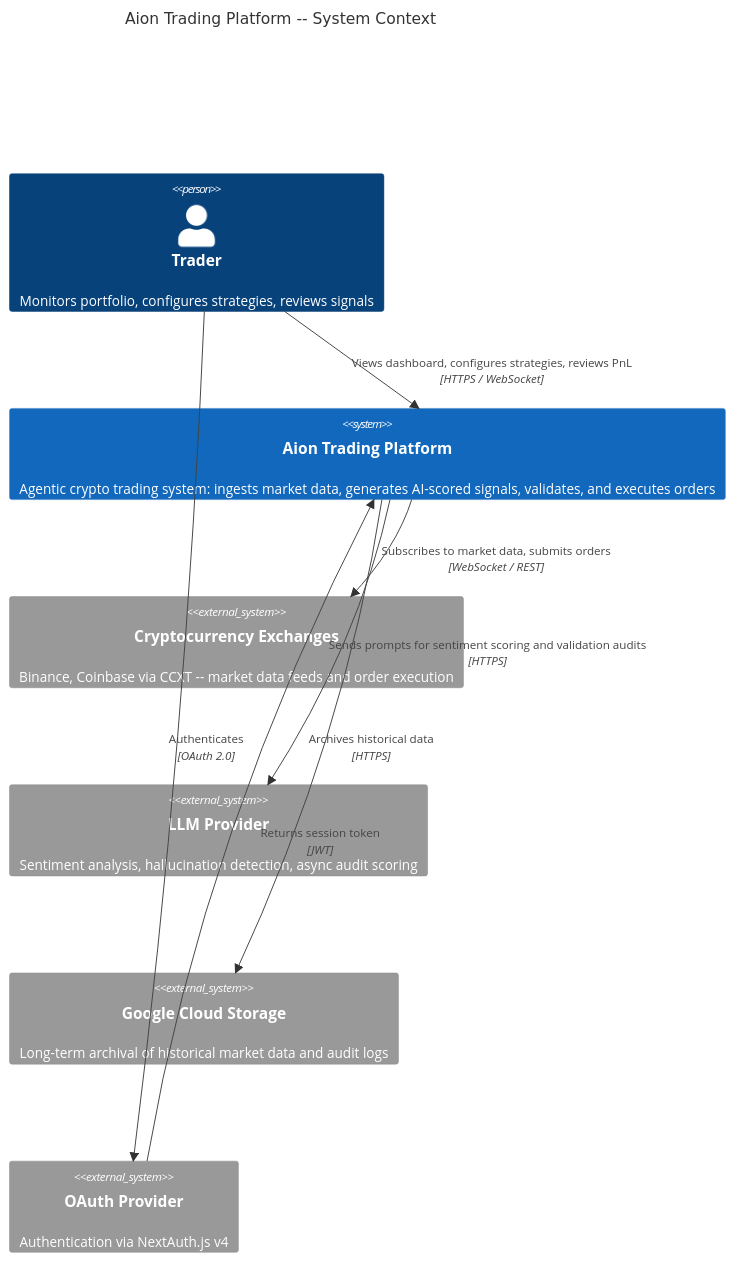
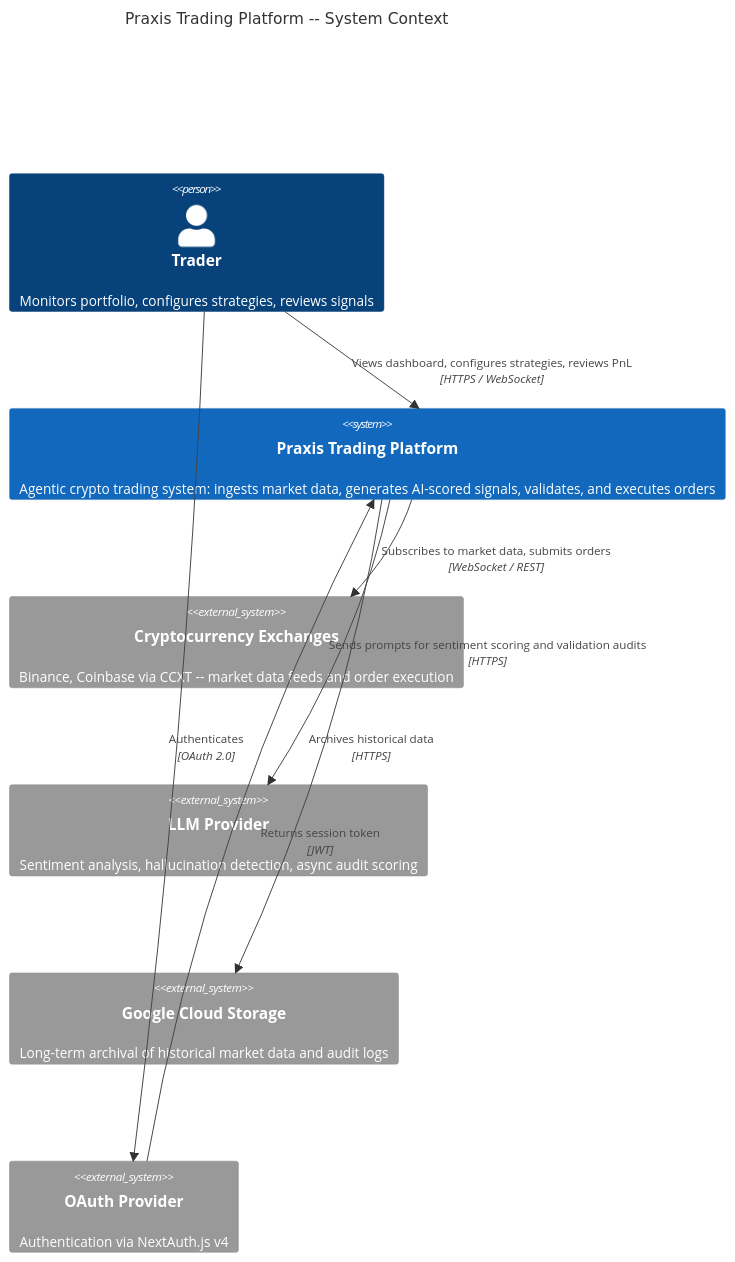
The first of 4 diagrams in docs/architecture-overview.md (stephenmt25/agentic-trading-platform), drawn with Mermaid before and after one commit. The commit also changed other lines of this file and 84 other files, not shown here.

First line of the commit message:
feat: platform rename (Aion→Praxis), resolve all critical/high defects, add docs chatbot

````diff
--- a/docs/architecture-overview.md
+++ b/docs/architecture-overview.md
@@ -33,20 +33,20 @@
 ```mermaid
 C4Context
-    title Aion Trading Platform -- System Context
+    title Praxis Trading Platform -- System Context
 
     Person(trader, "Trader", "Monitors portfolio, configures strategies, reviews signals")
 
-    System(aion, "Aion Trading Platform", "Agentic crypto trading system: ingests market data, generates AI-scored signals, validates, and executes orders")
+    System(praxis, "Praxis Trading Platform", "Agentic crypto trading system: ingests market data, generates AI-scored signals, validates, and executes orders")
 
     System_Ext(exchanges, "Cryptocurrency Exchanges", "Binance, Coinbase via CCXT -- market data feeds and order execution")
     System_Ext(llm, "LLM Provider", "Sentiment analysis, hallucination detection, async audit scoring")
     System_Ext(gcs, "Google Cloud Storage", "Long-term archival of historical market data and audit logs")
     System_Ext(oauth, "OAuth Provider", "Authentication via NextAuth.js v4")
 
-    Rel(trader, aion, "Views dashboard, configures strategies, reviews PnL", "HTTPS / WebSocket")
-    Rel(aion, exchanges, "Subscribes to market data, submits orders", "WebSocket / REST")
-    Rel(aion, llm, "Sends prompts for sentiment scoring and validation audits", "HTTPS")
-    Rel(aion, gcs, "Archives historical data", "HTTPS")
+    Rel(trader, praxis, "Views dashboard, configures strategies, reviews PnL", "HTTPS / WebSocket")
+    Rel(praxis, exchanges, "Subscribes to market data, submits orders", "WebSocket / REST")
+    Rel(praxis, llm, "Sends prompts for sentiment scoring and validation audits", "HTTPS")
+    Rel(praxis, gcs, "Archives historical data", "HTTPS")
     Rel(trader, oauth, "Authenticates", "OAuth 2.0")
-    Rel(oauth, aion, "Returns session token", "JWT")
+    Rel(oauth, praxis, "Returns session token", "JWT")
 ```
````
